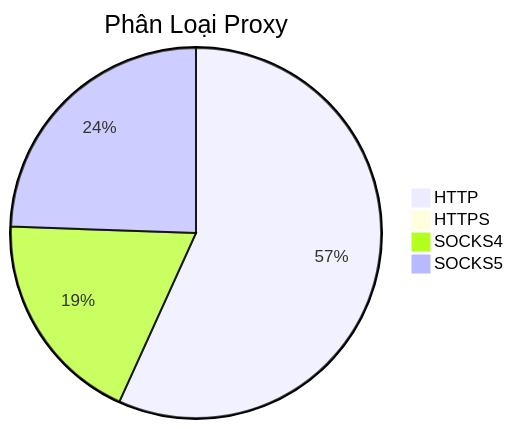
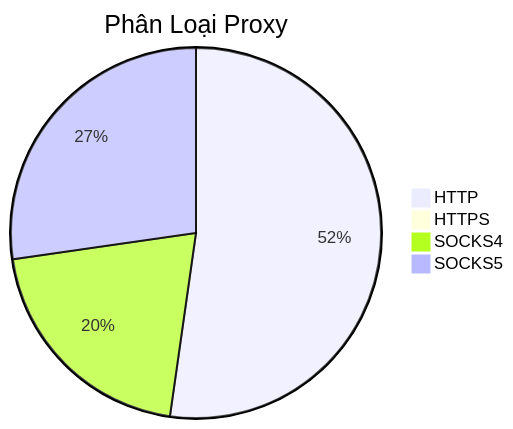
The diagram in README.md (Ciara-12/PROXY-free), drawn with Mermaid before and after one commit. The commit also changed other lines of this file and 3 other files, not shown here.

````diff
--- a/README.md
+++ b/README.md
@@ -26,7 +26,7 @@
 ```mermaid
 pie title Phân Loại Proxy
-    "HTTP" : 929
+    "HTTP" : 778
     "HTTPS" : 0
-    "SOCKS4" : 307
-    "SOCKS5" : 400
+    "SOCKS4" : 305
+    "SOCKS5" : 406
 ```
````
